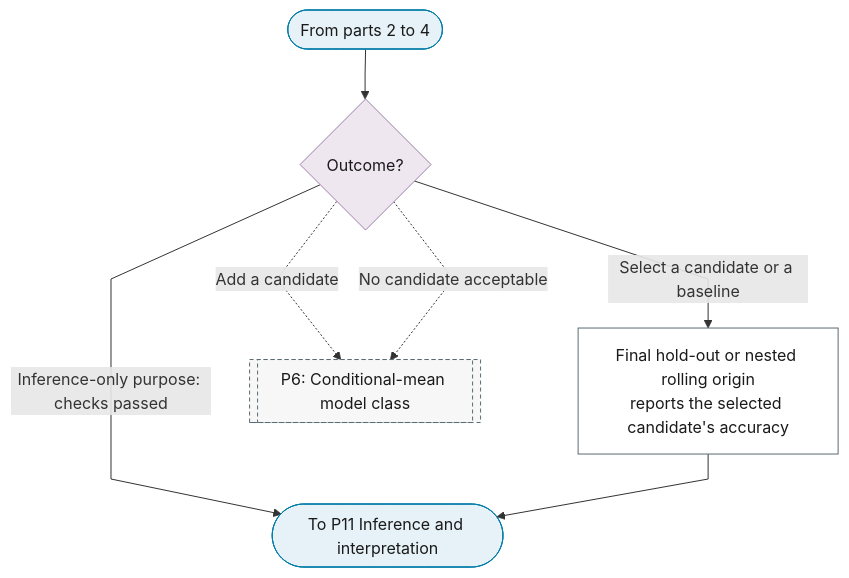
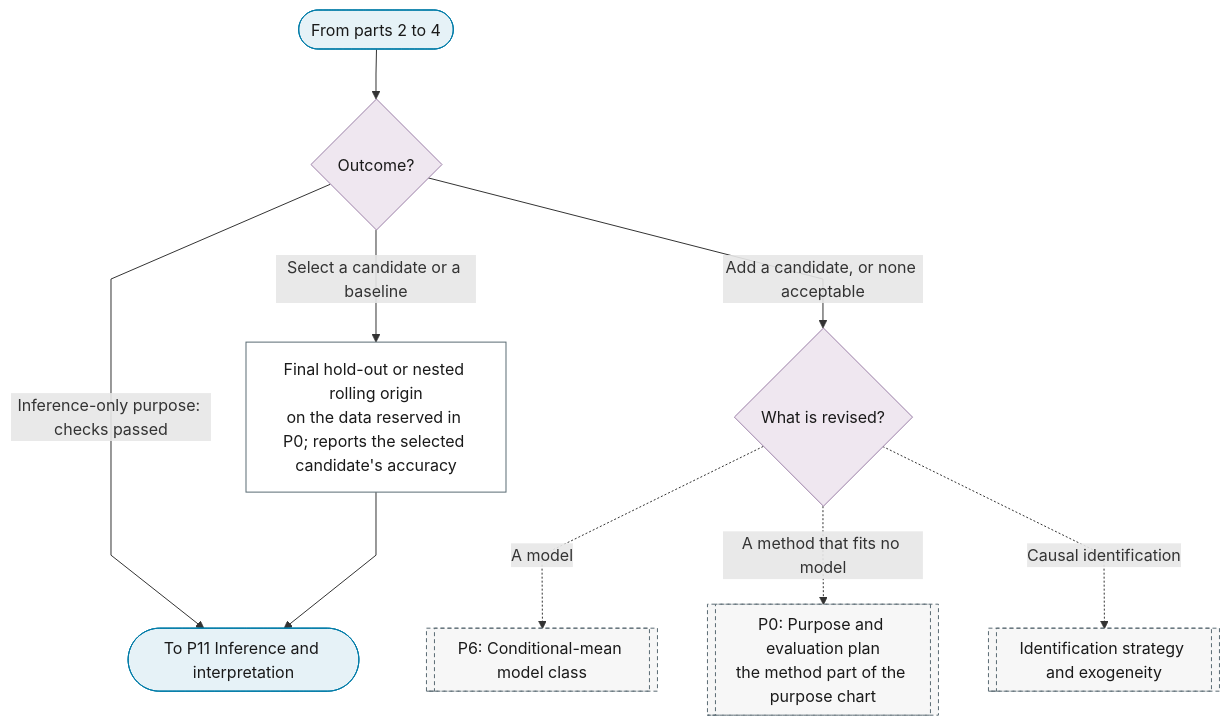
The fifth of 5 diagrams in docs/01-workflow/p10-evaluation-selection.md (Shuxin-Y/time-series-analysis-manual), drawn with Mermaid before and after one commit. The commit also changed other lines of this file and 5 other files, not shown here.

First line of the commit message:
fix(p9,p10): failures reach the purpose gate; evaluation leaks nothing

````diff
--- a/docs/01-workflow/p10-evaluation-selection.md
+++ b/docs/01-workflow/p10-evaluation-selection.md
@@ -114,22 +116,24 @@
 ```mermaid
 %%{init: {"flowchart": {"curve": "linear"}}}%%
 graph TD
     P10_PART_5_IN(["From parts 2 to 4"]) --> P10_SELECT{"Outcome?"}
-    P10_SELECT -->|"Select a candidate or a baseline"| P10_FINAL_HOLDOUT["Final hold-out or nested rolling origin<br/>reports the selected candidate's accuracy"]
+    P10_SELECT -->|"Select a candidate or a baseline"| P10_FINAL_HOLDOUT["Final hold-out or nested rolling origin<br/>on the data reserved in P0; reports the selected candidate's accuracy"]
     P10_SELECT -->|"Inference-only purpose: checks passed"| P10_OUT
-    P10_SELECT -.->|"Add a candidate"| P6[["P6: Conditional-mean model class"]]
-    P10_SELECT -.->|"No candidate acceptable"| P6
+    P10_SELECT -->|"Add a candidate, or none acceptable"| P10_REVISE{"What is revised?"}
+    P10_REVISE -.->|"A model"| P6[["P6: Conditional-mean model class"]]
+    P10_REVISE -.->|"A method that fits no model"| P0[["P0: Purpose and evaluation plan<br/>the method part of the purpose chart"]]
+    P10_REVISE -.->|"Causal identification"| P0_CA_IDENTIFICATION[["Identification strategy and exogeneity"]]
     P10_FINAL_HOLDOUT --> P10_OUT(["To P11 Inference and interpretation"])
     class P10_PART_5_IN,P10_OUT terminator
-    class P10_SELECT decision
+    class P10_SELECT,P10_REVISE decision
     class P10_FINAL_HOLDOUT process
-    class P6 ref
+    class P6,P0,P0_CA_IDENTIFICATION ref
     classDef terminator fill:#E6F2F7,stroke:#007BA7,color:#1A1A1A;
     classDef process fill:#FFFFFF,stroke:#5A6B73,color:#1A1A1A;
     classDef decision fill:#EFE7F0,stroke:#9B7FA7,color:#1A1A1A;
     classDef data fill:#FFF4E0,stroke:#C9A55E,color:#1A1A1A;
     classDef good fill:#DCEFD8,stroke:#4A7A3F,color:#1A1A1A;
     classDef escalate fill:#FFE9C2,stroke:#C9A55E,color:#1A1A1A;
     classDef problem fill:#F2D9DE,stroke:#800020,color:#1A1A1A;
     classDef ref fill:#F7F7F7,stroke:#5A6B73,color:#1A1A1A,stroke-dasharray:4 3;
 ```
````
